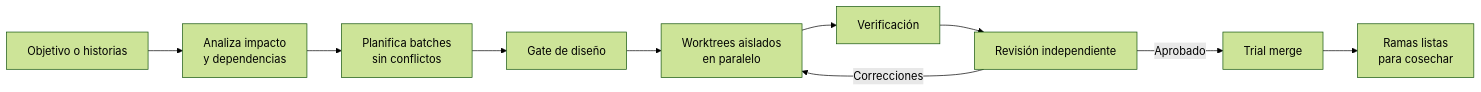
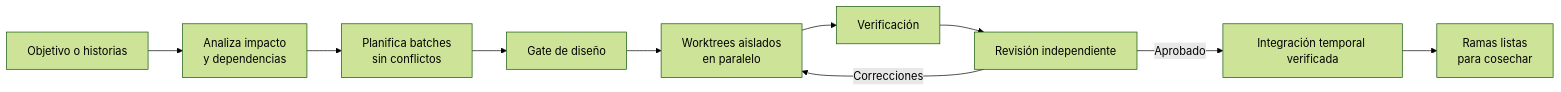
The diagram in README.es.md (luk-s12/legion), drawn with Mermaid (forest theme) before and after one commit. The commit also changed other lines of this file and 51 other files, not shown here.

````diff
--- a/README.es.md
+++ b/README.es.md
@@ -19,12 +19,12 @@
 ```mermaid
 flowchart LR
     I["Objetivo o historias"] --> P["Analiza impacto<br/>y dependencias"]
     P --> B["Planifica batches<br/>sin conflictos"]
     B --> D["Gate de diseño"]
     D --> W["Worktrees aislados<br/>en paralelo"]
     W --> V["Verificación"]
     V --> R["Revisión independiente"]
     R -->|Correcciones| W
-    R -->|Aprobado| T["Trial merge"]
+    R -->|Aprobado| T["Integración temporal verificada"]
     T --> E["Ramas listas<br/>para cosechar"]
 ```
````
